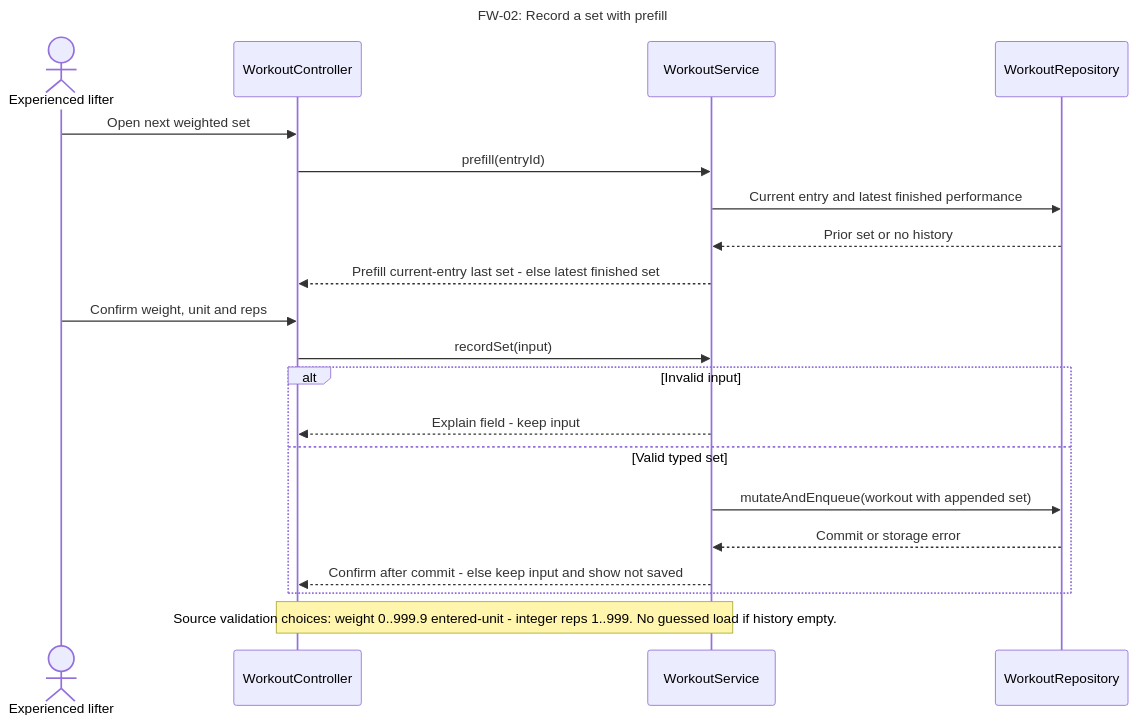
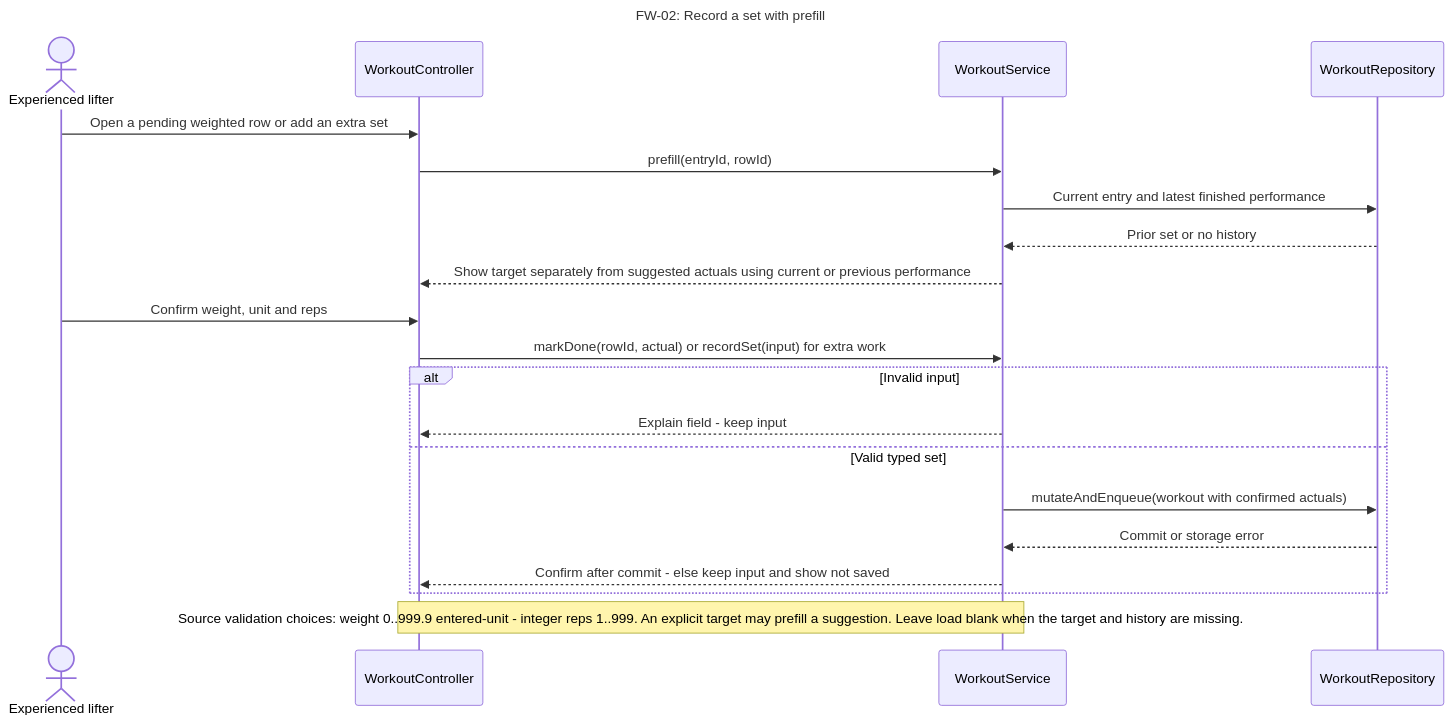
One commit to SebasLopez2005/SWEProject1 changed the diagram in docs/part2/design/diagrams/sequence/FW-02.mmd. Above: the diagram before and after it, drawn with Mermaid. The commit also changed 47 other files, not shown here.

```diff
--- a/docs/part2/design/diagrams/sequence/FW-02.mmd
+++ b/docs/part2/design/diagrams/sequence/FW-02.mmd
@@ -1,21 +1,21 @@
 sequenceDiagram
     title FW-02: Record a set with prefill
     actor U as Experienced lifter
     participant C as WorkoutController
     participant S as WorkoutService
     participant R as WorkoutRepository
-    U->>C: Open next weighted set
-    C->>S: prefill(entryId)
+    U->>C: Open a pending weighted row or add an extra set
+    C->>S: prefill(entryId, rowId)
     S->>R: Current entry and latest finished performance
     R-->>S: Prior set or no history
-    S-->>C: Prefill current-entry last set -  else latest finished set
+    S-->>C: Show target separately from suggested actuals using current or previous performance
     U->>C: Confirm weight, unit and reps
-    C->>S: recordSet(input)
+    C->>S: markDone(rowId, actual) or recordSet(input) for extra work
     alt Invalid input
      S-->>C: Explain field -  keep input
     else Valid typed set
-     S->>R: mutateAndEnqueue(workout with appended set)
+     S->>R: mutateAndEnqueue(workout with confirmed actuals)
      R-->>S: Commit or storage error
      S-->>C: Confirm after commit -  else keep input and show not saved
     end
-    Note over C,S: Source validation choices: weight 0..999.9 entered-unit -  integer reps 1..999. No guessed load if history empty.
+    Note over C,S: Source validation choices: weight 0..999.9 entered-unit -  integer reps 1..999. An explicit target may prefill a suggestion. Leave load blank when the target and history are missing.
```
